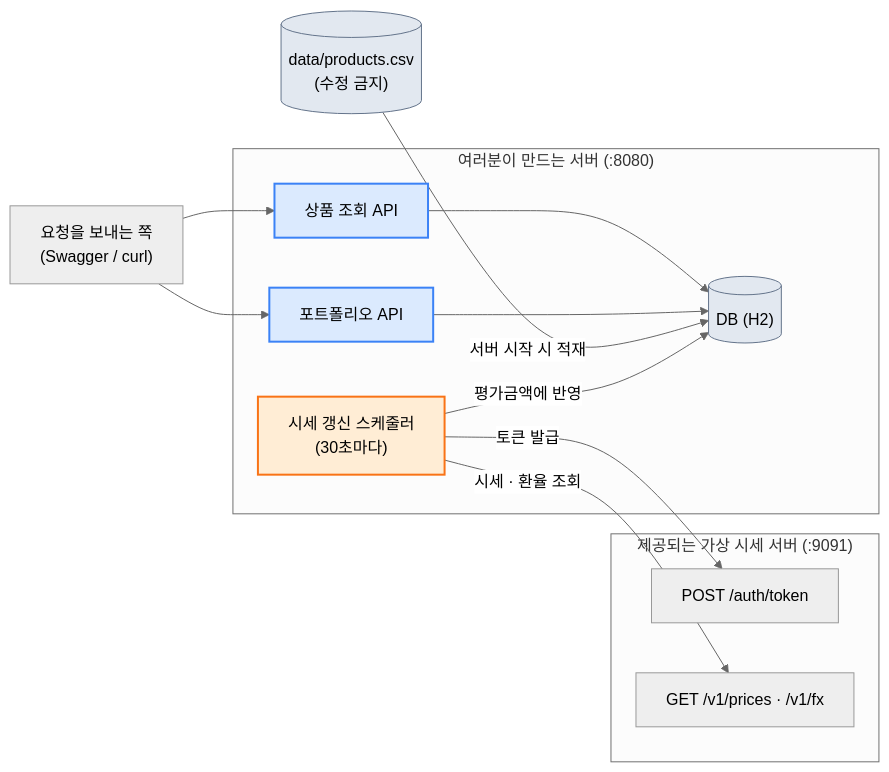
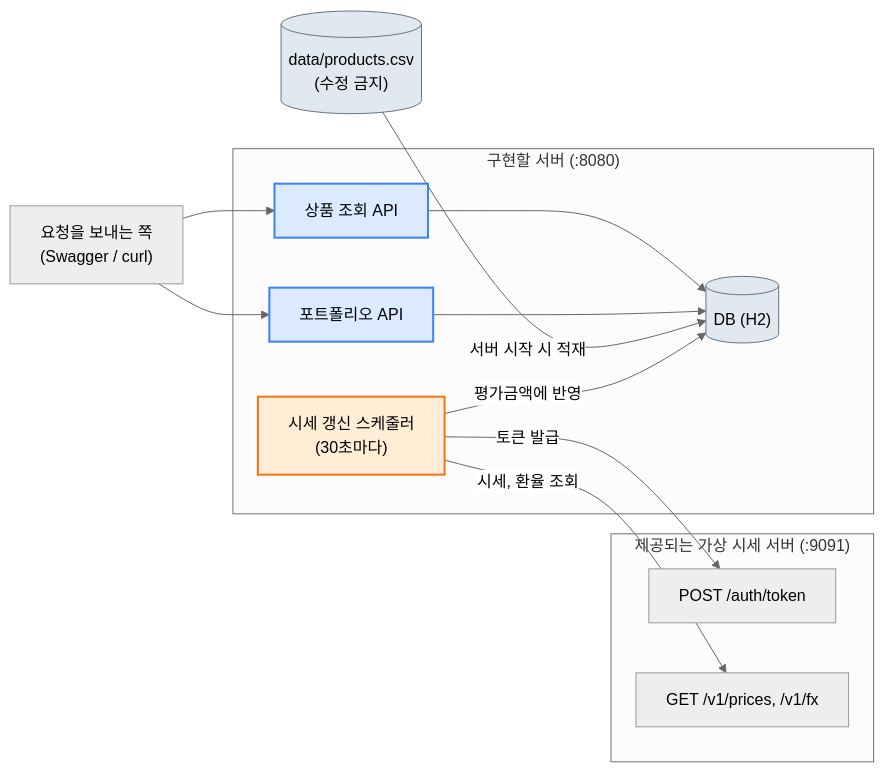
Before and after one commit to DongHyunKIM-Hi/portfolio-return-assignment: the diagram in README.md, drawn with Mermaid (neutral theme). The commit also changed other lines of this file and 1 other file, not shown here.

````diff
--- a/README.md
+++ b/README.md
@@ -77,30 +83,30 @@
 ```mermaid
 flowchart LR
     A["요청을 보내는 쪽<br/>(Swagger / curl)"]
     CSV[("data/products.csv<br/>(수정 금지)")]
 
-    subgraph SERVER["여러분이 만드는 서버 (:8080)"]
+    subgraph SERVER["구현할 서버 (:8080)"]
         B["상품 조회 API"]
         C["포트폴리오 API"]
         D[("DB (H2)")]
         E["시세 갱신 스케줄러<br/>(30초마다)"]
     end
 
     subgraph PRICE["제공되는 가상 시세 서버 (:9091)"]
         F["POST /auth/token"]
-        G["GET /v1/prices · /v1/fx"]
+        G["GET /v1/prices, /v1/fx"]
     end
 
     A --> B --> D
     A --> C --> D
     CSV -->|"서버 시작 시 적재"| D
     E -->|"평가금액에 반영"| D
     E -->|"토큰 발급"| F
-    E -->|"시세 · 환율 조회"| G
+    E -->|"시세, 환율 조회"| G
 
     style B fill:#dbeafe,stroke:#3b82f6,stroke-width:2px
     style C fill:#dbeafe,stroke:#3b82f6,stroke-width:2px
     style E fill:#ffedd5,stroke:#f97316,stroke-width:2px
     style D fill:#e2e8f0,stroke:#64748b
     style CSV fill:#e2e8f0,stroke:#64748b
 ```
````
